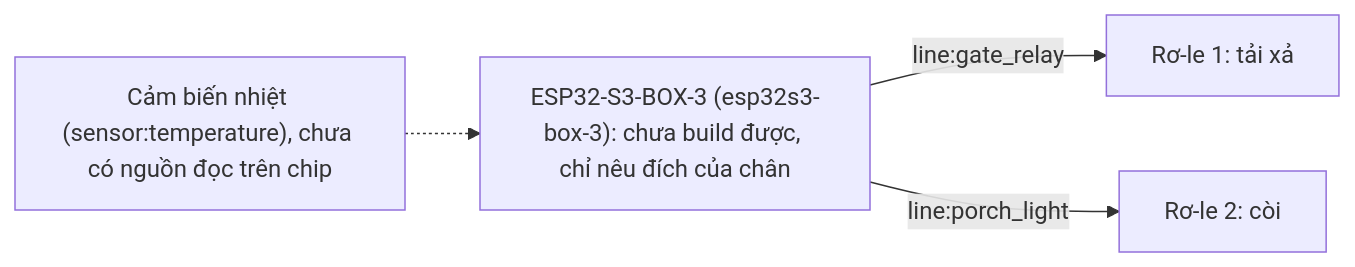
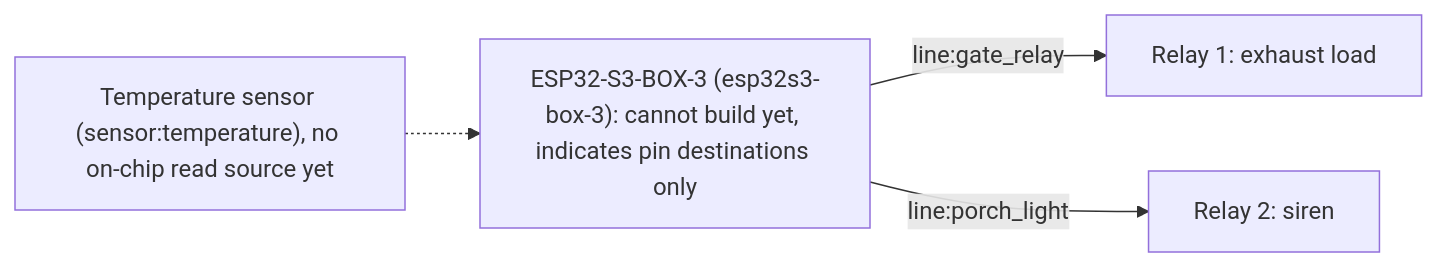
Before and after one commit to letrongminh/neuroedge-init: the second of 2 diagrams in docs/user/kit-giam-sat-nha-may.md, drawn with Mermaid. The commit also changed other lines of this file and 57 other files, not shown here.

Commit message:
docs in English: spec, architecture 00-05, RFCs, user docs, kits, partner guides, demos, reports, Blueprint proposal

````diff
--- a/docs/user/kit-giam-sat-nha-may.md
+++ b/docs/user/kit-giam-sat-nha-may.md
@@ -72,6 +72,6 @@
 ```mermaid
 flowchart LR
-  BOX["ESP32-S3-BOX-3 (esp32s3-box-3): chưa build được, chỉ nêu đích của chân"] -->|"line:gate_relay"| RL1["Rơ-le 1: tải xả"]
-  BOX -->|"line:porch_light"| RL2["Rơ-le 2: còi"]
-  TEMP["Cảm biến nhiệt (sensor:temperature), chưa có nguồn đọc trên chip"] -.-> BOX
+  BOX["ESP32-S3-BOX-3 (esp32s3-box-3): cannot build yet, indicates pin destinations only"] -->|"line:gate_relay"| RL1["Relay 1: exhaust load"]
+  BOX -->|"line:porch_light"| RL2["Relay 2: siren"]
+  TEMP["Temperature sensor (sensor:temperature), no on-chip read source yet"] -.-> BOX
 ```
````
